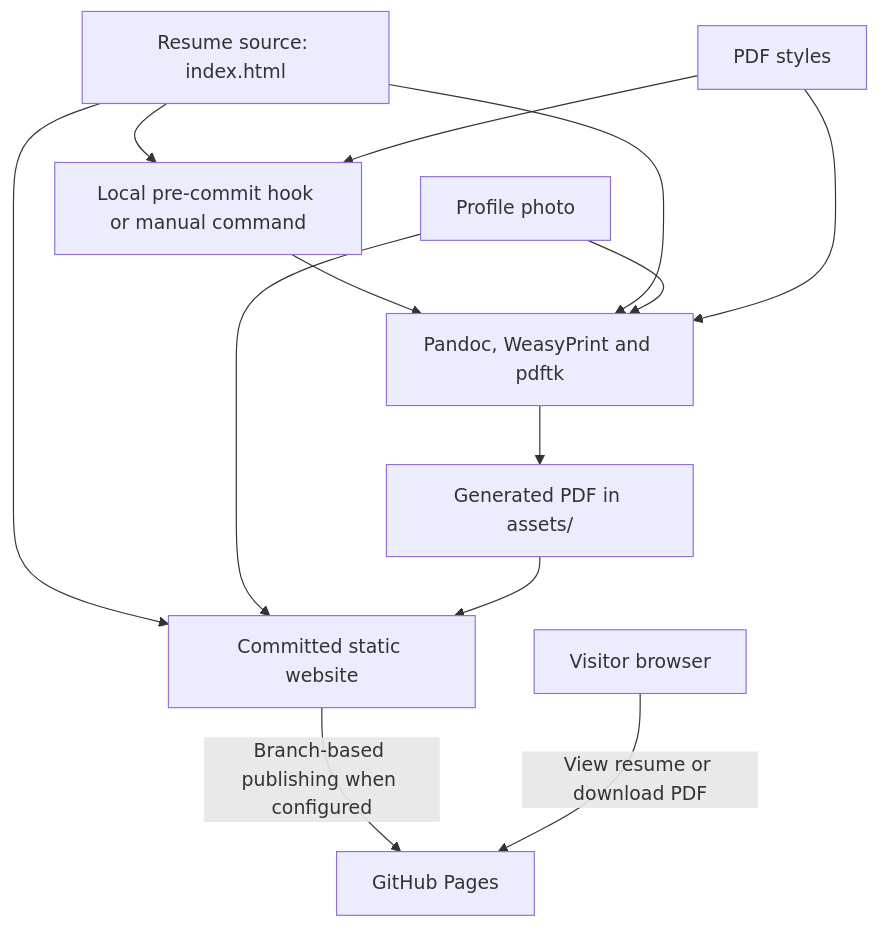
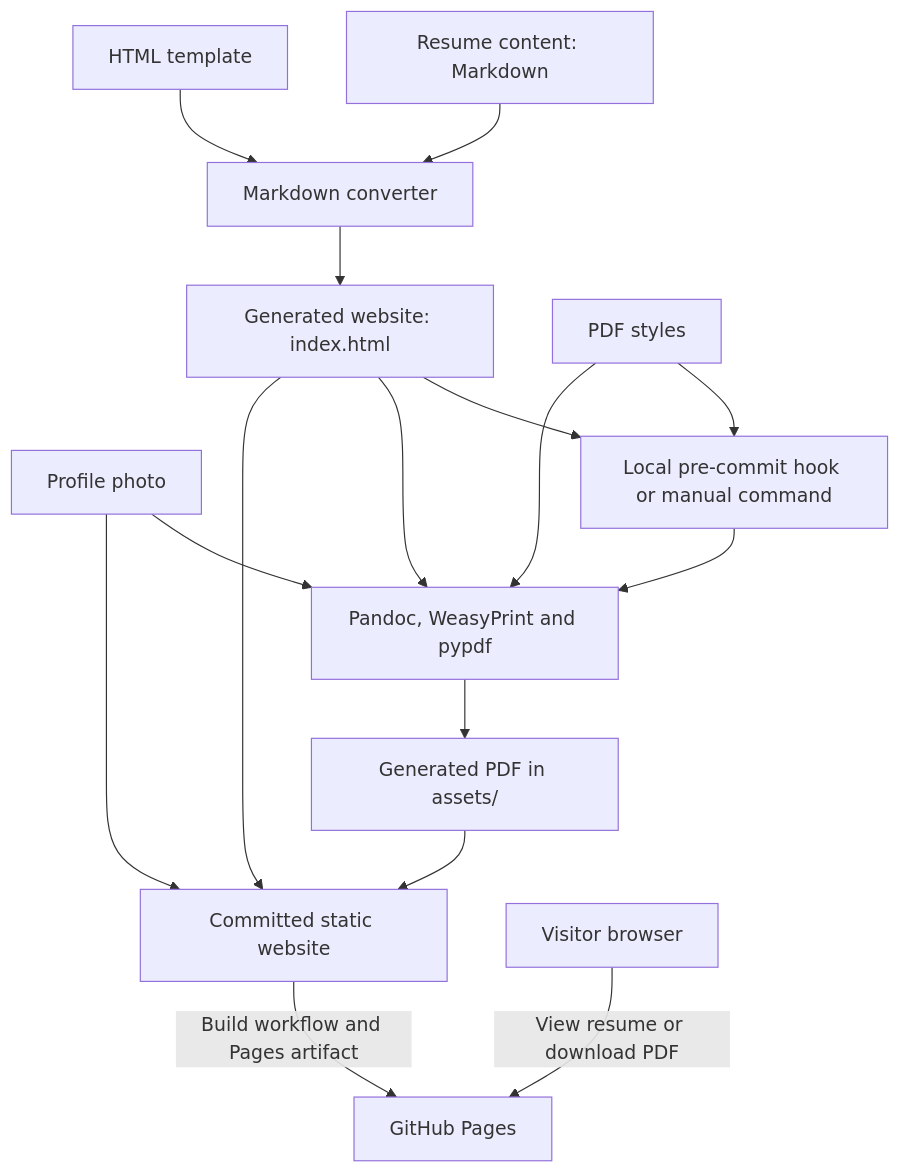
Before and after one commit to mtzanida/resume: the diagram in README.md, drawn with Mermaid. The commit also changed other lines of this file and 15 other files, not shown here.

Commit message:
feat: generate resume HTML and PDF from Markdown

````diff
--- a/README.md
+++ b/README.md
@@ -29,24 +32,30 @@
 ```mermaid
 flowchart TD
-    HTML["Resume source: index.html"]
+    Markdown["Resume content: Markdown"]
+    Template["HTML template"]
+    Build["Markdown converter"]
+    HTML["Generated website: index.html"]
     Photo["Profile photo"]
     CSS["PDF styles"]
     Hook["Local pre-commit hook or manual command"]
-    Generator["Pandoc, WeasyPrint and pdftk"]
+    Generator["Pandoc, WeasyPrint and pypdf"]
     PDF["Generated PDF in assets/"]
     Repo["Committed static website"]
     Pages["GitHub Pages"]
     Visitor["Visitor browser"]
+    Markdown --> Build
+    Template --> Build
+    Build --> HTML
     HTML --> Hook
     CSS --> Hook
     Hook --> Generator
     HTML --> Generator
     Photo --> Generator
     CSS --> Generator
     Generator --> PDF
     HTML --> Repo
     Photo --> Repo
     PDF --> Repo
-    Repo -->|"Branch-based publishing when configured"| Pages
+    Repo -->|"Build workflow and Pages artifact"| Pages
     Visitor -->|"View resume or download PDF"| Pages
 ```
````
